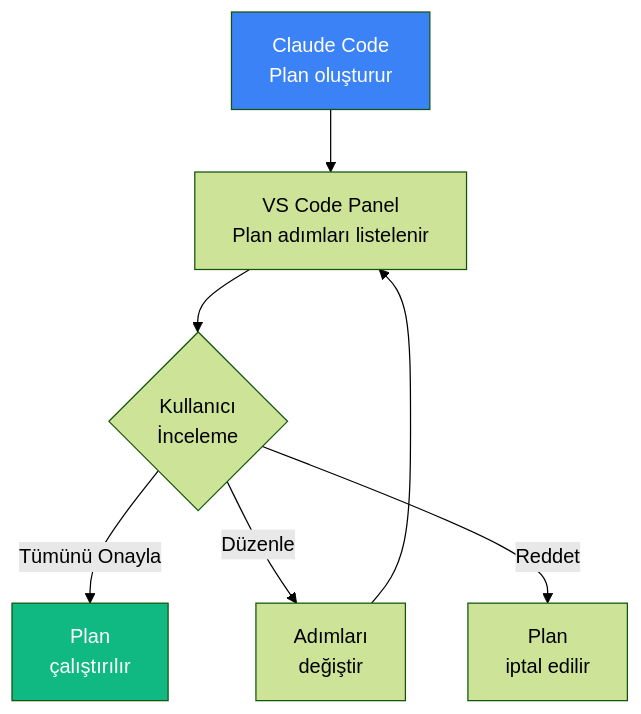
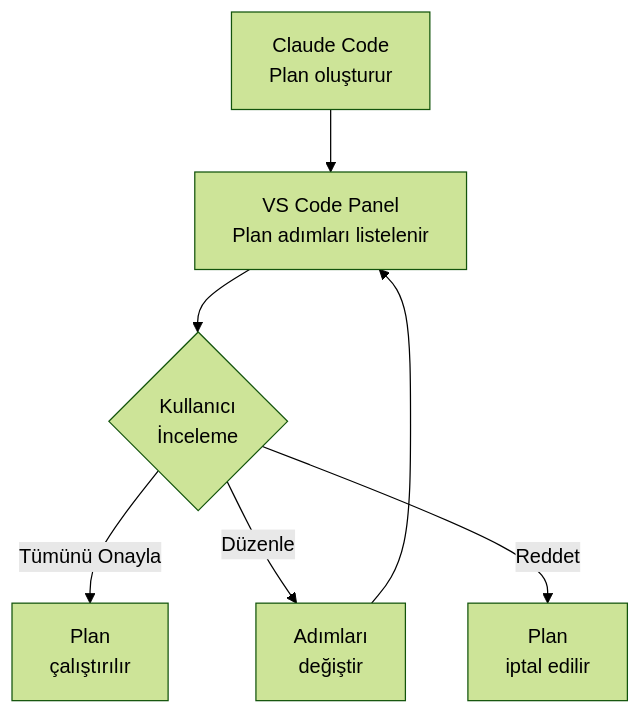
The third of 4 diagrams in 15-entegrasyonlar/01-vs-code-entegrasyonu.md (IzzetYasinAtes/ClaudeCodeHandbook), drawn with Mermaid (forest theme) before and after one commit. The commit also changed other lines of this file and 97 other files, not shown here.

Commit message:
Remove all custom Mermaid style/fill colors from 98 markdown files for consistent dark theme rendering

````diff
--- a/15-entegrasyonlar/01-vs-code-entegrasyonu.md
+++ b/15-entegrasyonlar/01-vs-code-entegrasyonu.md
@@ -115,12 +113,10 @@
 ```mermaid
 flowchart TB
     A["Claude Code<br/>Plan oluşturur"] --> B["VS Code Panel<br/>Plan adımları listelenir"]
     B --> C{"Kullanıcı<br/>İnceleme"}
     C -->|"Tümünü Onayla"| D["Plan<br/>çalıştırılır"]
     C -->|"Düzenle"| E["Adımları<br/>değiştir"]
     C -->|"Reddet"| F["Plan<br/>iptal edilir"]
     E --> B
 
-    style A fill:#3B82F6,color:#fff
-    style D fill:#10B981,color:#fff
 ```
````
